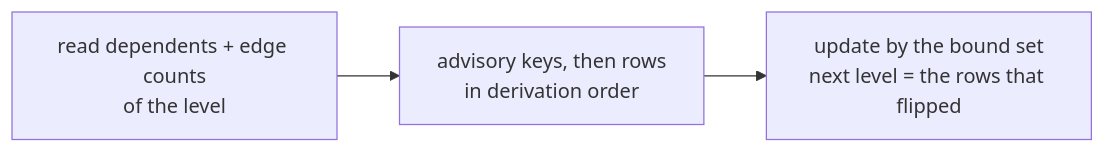
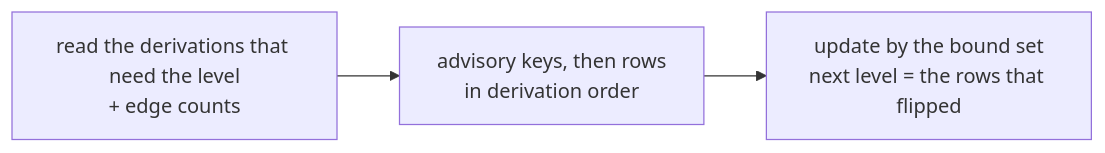
The second of 2 diagrams in docs/src/contributors/internals/graph-queries.md (wavelens/gradient), drawn with Mermaid before and after one commit. The commit also changed other lines of this file and 61 other files, not shown here.

````diff
--- a/docs/src/contributors/internals/graph-queries.md
+++ b/docs/src/contributors/internals/graph-queries.md
@@ -64,5 +64,5 @@
 ```mermaid
 flowchart LR
-    a["read dependents + edge counts<br/>of the level"] --> b["advisory keys, then rows<br/>in derivation order"]
+    a["read the derivations that need the level<br/>+ edge counts"] --> b["advisory keys, then rows<br/>in derivation order"]
     b --> c["update by the bound set<br/>next level = the rows that flipped"]
 ```
````
